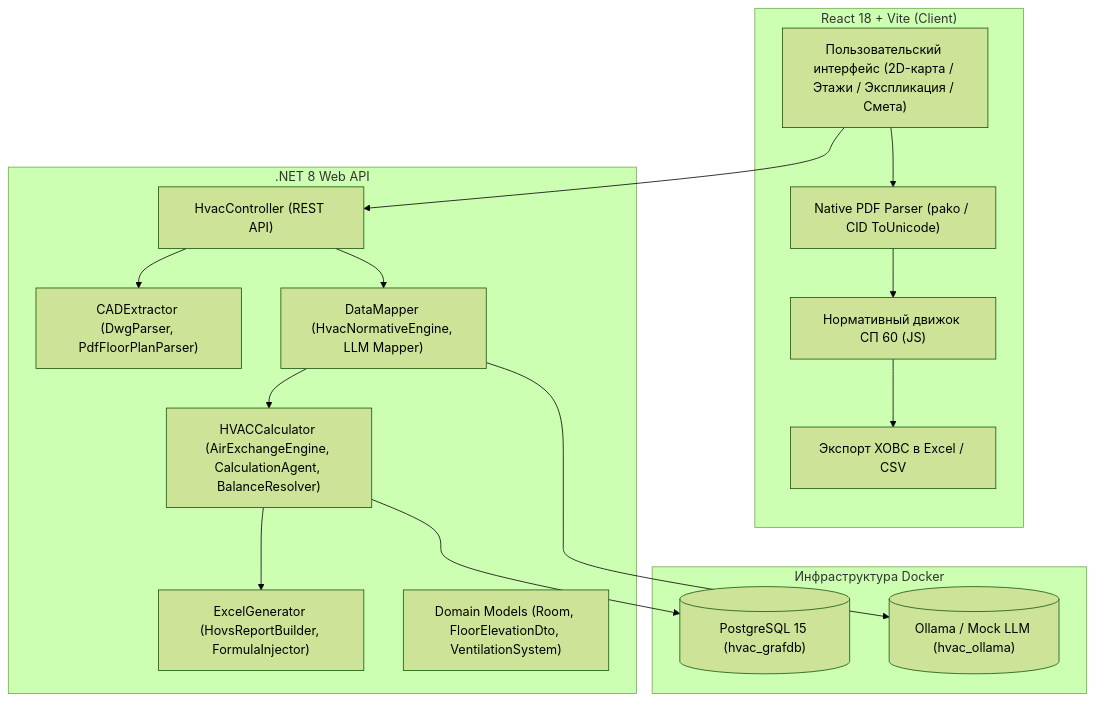
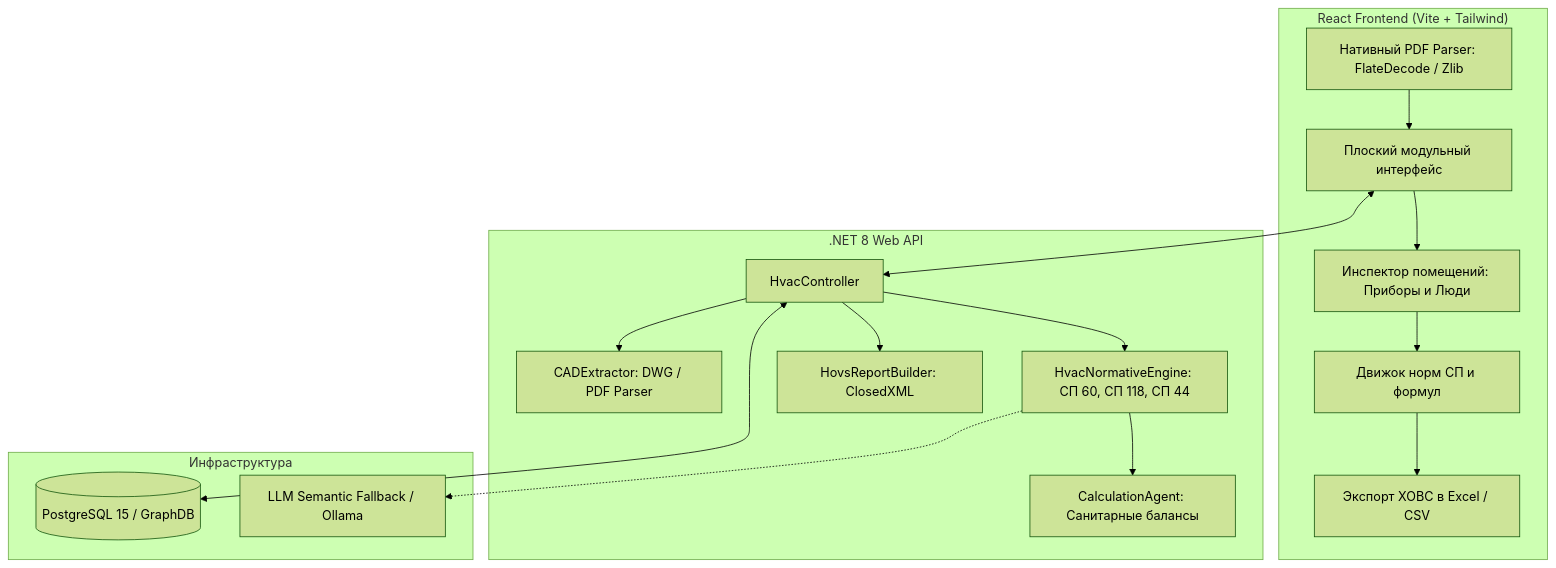
One commit to ASOIU3seminar/AI-agent_of_ventilation changed the diagram in docs/WIKI.md. Above: the diagram before and after it, drawn with Mermaid (forest theme). The commit also changed other lines of this file and 15 other files, not shown here.

````diff
--- a/docs/WIKI.md
+++ b/docs/WIKI.md
@@ -49,34 +55,35 @@
 ```mermaid
 flowchart TD
-    subgraph Frontend ["React 18 + Vite (Client)"]
-        UI["Пользовательский интерфейс (2D-карта / Этажи / Экспликация / Смета)"]
-        PDFParser["Native PDF Parser (pako / CID ToUnicode)"]
-        NormsFE["Нормативный движок СП 60 (JS)"]
-        ExportFE["Экспорт ХОВС в Excel / CSV"]
+    subgraph Client["React Frontend (Vite + Tailwind)"]
+        UI[Плоский модульный интерфейс]
+        PDF[Нативный PDF Parser: FlateDecode / Zlib]
+        Inspector[Инспектор помещений: Приборы и Люди]
+        NormsEngine[Движок норм СП и формул]
+        ExcelExport[Экспорт ХОВС в Excel / CSV]
     end
 
-    subgraph Backend [".NET 8 Web API"]
-        API["HvacController (REST API)"]
-        CAD["CADExtractor (DwgParser, PdfFloorPlanParser)"]
-        Mapper["DataMapper (HvacNormativeEngine, LLM Mapper)"]
-        Calc["HVACCalculator (AirExchangeEngine, CalculationAgent, BalanceResolver)"]
-        Excel["ExcelGenerator (HovsReportBuilder, FormulaInjector)"]
-        Domain["Domain Models (Room, FloorElevationDto, VentilationSystem)"]
+    subgraph Backend[".NET 8 Web API"]
+        API[HvacController]
+        DwgParser[CADExtractor: DWG / PDF Parser]
+        NormEngine[HvacNormativeEngine: СП 60, СП 118, СП 44]
+        CalcAgent[CalculationAgent: Санитарные балансы]
+        ReportBuilder[HovsReportBuilder: ClosedXML]
     end
 
-    subgraph DataServices ["Инфраструктура Docker"]
-        Postgres[("PostgreSQL 15 (hvac_grafdb)")]
-        LLM[("Ollama / Mock LLM (hvac_ollama)")]
+    subgraph Data["Инфраструктура"]
+        DB[(PostgreSQL 15 / GraphDB)]
+        LLM[LLM Semantic Fallback / Ollama]
     end
 
-    UI --> PDFParser
-    PDFParser --> NormsFE
-    NormsFE --> ExportFE
-    UI --> API
-    API --> CAD
-    API --> Mapper
-    Mapper --> LLM
-    Mapper --> Calc
-    Calc --> Excel
-    Calc --> Postgres
+    PDF --> UI
+    UI --> Inspector
+    Inspector --> NormsEngine
+    NormsEngine --> ExcelExport
+    UI <--> API
+    API --> DwgParser
+    API --> NormEngine
+    NormEngine --> CalcAgent
+    API --> ReportBuilder
+    API <--> DB
+    NormEngine -.-> LLM
 ```
````
